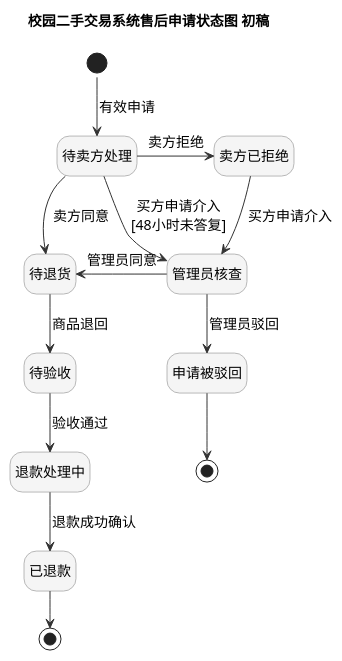
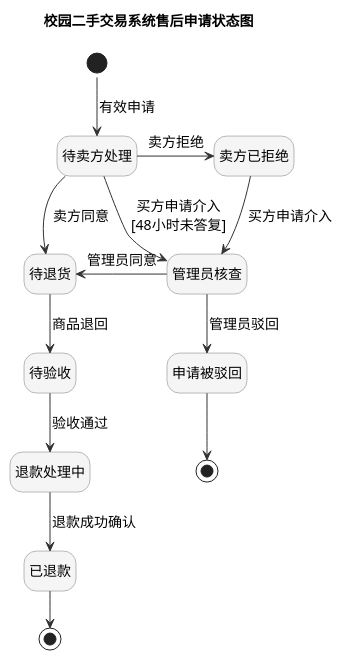
The diagram in UML/UML售后申请状态图.puml (koishikois259/campus-market), drawn with PlantUML before and after one commit. The commit also changed 13 other files, not shown here.

Commit message:
lab2: clean UML titles and fit sequence design on one page

```diff
--- a/UML/UML售后申请状态图.puml
+++ b/UML/UML售后申请状态图.puml
@@ -1,40 +1,40 @@
 @startuml
 ' After-sale request state diagram AI draft v0.1, 2026-11-04.
 ' Reference: https://plantuml.com/zh/state-diagram
 !pragma layout smetana
-title 校园二手交易系统售后申请状态图 初稿
+title 校园二手交易系统售后申请状态图
 hide empty description
 skinparam defaultFontName Microsoft YaHei
 skinparam defaultFontSize 14
 skinparam shadowing false
 skinparam stateBackgroundColor #F5F5F5
 skinparam stateBorderColor #777777
 skinparam ArrowColor #333333
 skinparam nodesep 32
 skinparam ranksep 32
 
 state "待卖方处理" as Pending
 state "待退货" as Returning
 state "待验收" as Inspecting
 state "退款处理中" as Refunding
 state "已退款" as Refunded
 state "卖方已拒绝" as SellerRejected
 state "管理员核查" as Reviewing
 state "申请被驳回" as Denied
 state RefundEnd <<end>>
 state DeniedEnd <<end>>
 
 [*] --> Pending : 有效申请
 Pending -down-> Returning : 卖方同意
 Returning -down-> Inspecting : 商品退回
 Inspecting -down-> Refunding : 验收通过
 Refunding -down-> Refunded : 退款成功确认
 Refunded --> RefundEnd
 
 Pending -right-> SellerRejected : 卖方拒绝
 SellerRejected -down-> Reviewing : 买方申请介入
 Pending --> Reviewing : 买方申请介入\n[48小时未答复]
 Reviewing -left-> Returning : 管理员同意
 Reviewing -down-> Denied : 管理员驳回
 Denied --> DeniedEnd
 @enduml
```
